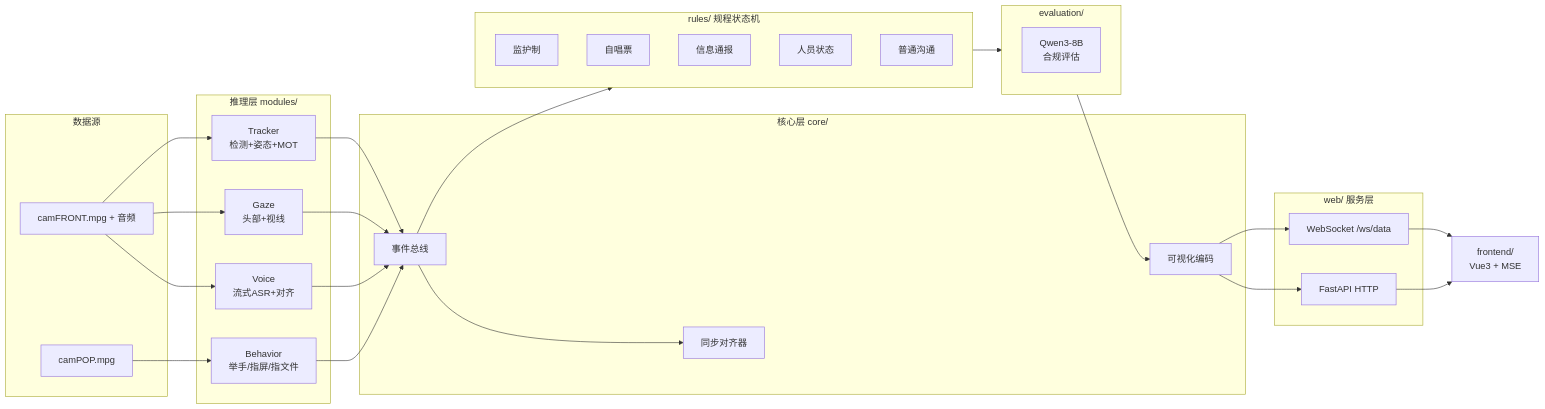
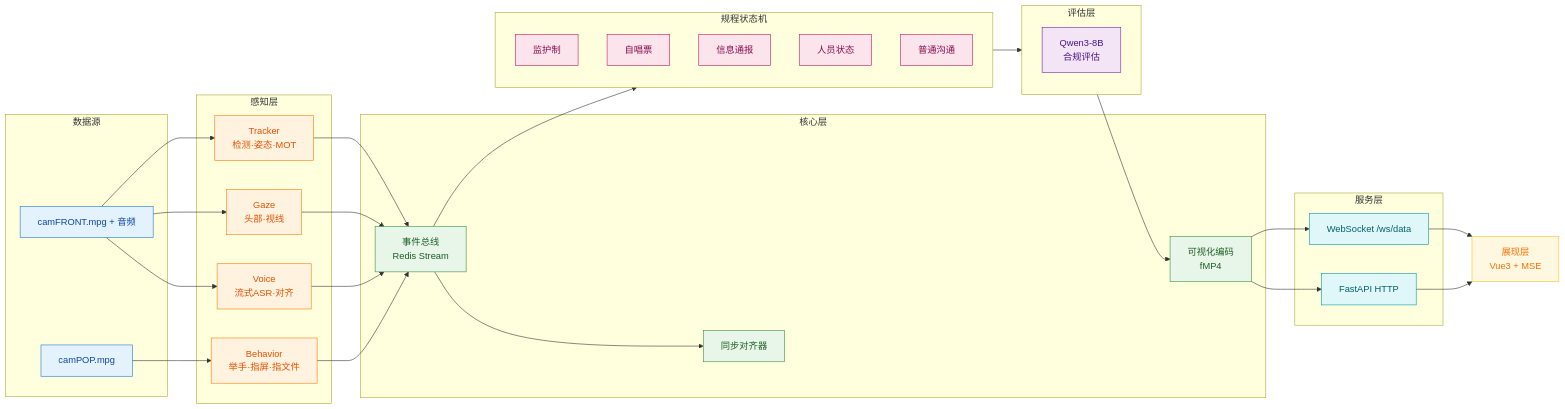
The diagram in README.md (SenpeWang/Hedian), drawn with Mermaid before and after one commit.

Commit message:
docs(docs): 架构图改为分层配色版
系统架构 mermaid 图改用 classDef 七层配色(数据源蓝/感知橙/核心绿/规程粉/
评估紫/服务青/展现黄), subgraph 用层语义名(感知层/核心层/规程层等)替代
目录名, 节点描述紧凑化(·分隔), 事件总线与可视化编码补技术标注
(Redis Stream / fMP4)。仅视觉优化, 架构内容不变。

````diff
--- a/README.md
+++ b/README.md
@@ -36,46 +36,48 @@
 ```mermaid
 flowchart LR
-    subgraph SRC[数据源]
-        F[camFRONT.mpg + 音频]
-        P[camPOP.mpg]
+    classDef src   fill:#e3f2fd,stroke:#1976d2,color:#0d47a1
+    classDef pipe  fill:#fff3e0,stroke:#f57c00,color:#e65100
+    classDef core  fill:#e8f5e9,stroke:#388e3c,color:#1b5e20
+    classDef rule  fill:#fce4ec,stroke:#c2185b,color:#880e4f
+    classDef eval  fill:#f3e5f5,stroke:#7b1fa2,color:#4a148c
+    classDef web   fill:#e0f7fa,stroke:#0097a7,color:#006064
+    classDef fe    fill:#fff8e1,stroke:#fbc02d,color:#ff6f00
+
+    subgraph SRC["数据源"]
+        F["camFRONT.mpg + 音频"]:::src
+        P["camPOP.mpg"]:::src
     end
-
-    subgraph PIPE[推理层 modules/]
-        TR[Tracker<br/>检测+姿态+MOT]
-        GZ[Gaze<br/>头部+视线]
-        VO[Voice<br/>流式ASR+对齐]
-        BH[Behavior<br/>举手/指屏/指文件]
+    subgraph PIPE["感知层"]
+        TR["Tracker<br/>检测·姿态·MOT"]:::pipe
+        GZ["Gaze<br/>头部·视线"]:::pipe
+        VO["Voice<br/>流式ASR·对齐"]:::pipe
+        BH["Behavior<br/>举手·指屏·指文件"]:::pipe
     end
-
-    subgraph BUS[核心层 core/]
-        EB[事件总线]
-        SYNC[同步对齐器]
-        VIS[可视化编码]
+    subgraph BUS["核心层"]
+        EB["事件总线<br/>Redis Stream"]:::core
+        SYNC["同步对齐器"]:::core
+        VIS["可视化编码<br/>fMP4"]:::core
     end
-
-    subgraph RULE[rules/ 规程状态机]
-        R1[监护制]
-        R2[自唱票]
-        R3[信息通报]
-        R4[人员状态]
-        R5[普通沟通]
+    subgraph RULE["规程状态机"]
+        R1["监护制"]:::rule
+        R2["自唱票"]:::rule
+        R3["信息通报"]:::rule
+        R4["人员状态"]:::rule
+        R5["普通沟通"]:::rule
     end
-
-    subgraph EVAL[evaluation/]
-        LL[Qwen3-8B<br/>合规评估]
+    subgraph EVAL["评估层"]
+        LL["Qwen3-8B<br/>合规评估"]:::eval
     end
-
-    subgraph WEB[web/ 服务层]
-        HTTP[FastAPI HTTP]
-        WS[WebSocket /ws/data]
+    subgraph WEB["服务层"]
+        HTTP["FastAPI HTTP"]:::web
+        WS["WebSocket /ws/data"]:::web
     end
-
-    FE[frontend/<br/>Vue3 + MSE]
+    FE["展现层<br/>Vue3 + MSE"]:::fe
 
     F --> TR & GZ & VO
     P --> BH
     TR & GZ & VO & BH --> EB
     EB --> SYNC & RULE
     RULE --> EVAL --> VIS
     VIS --> WS & HTTP --> FE
 ```
````
